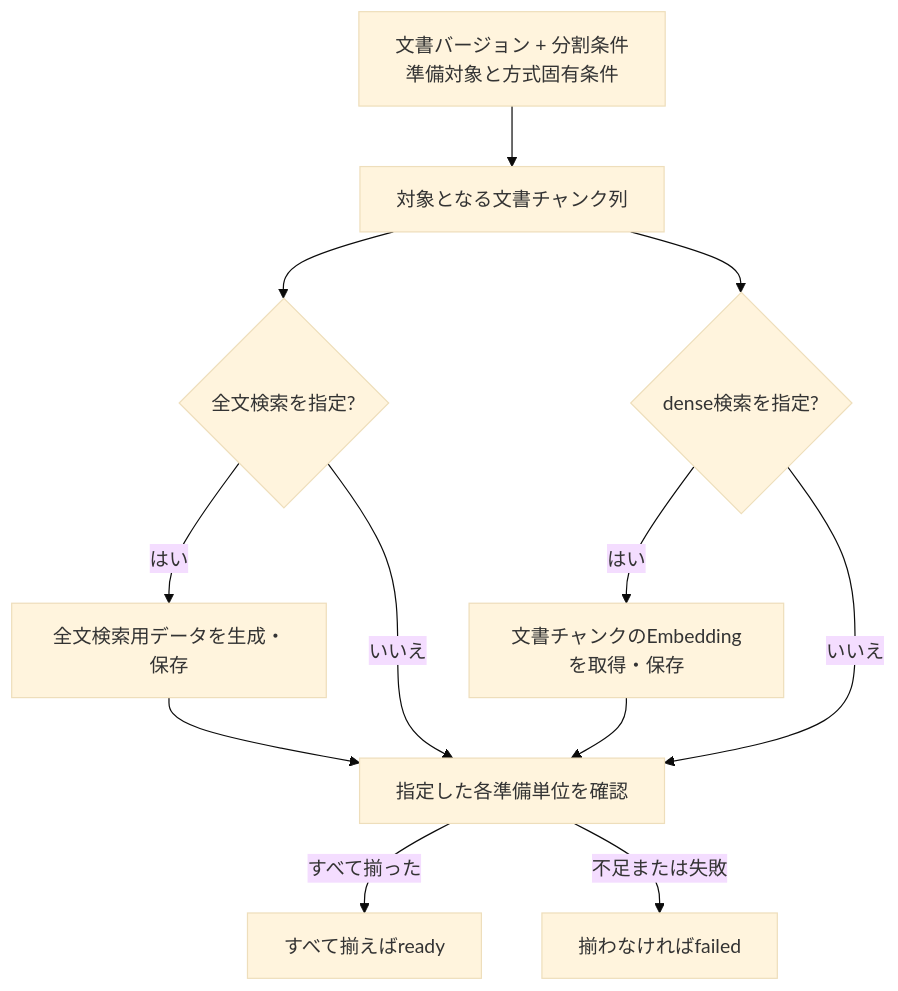
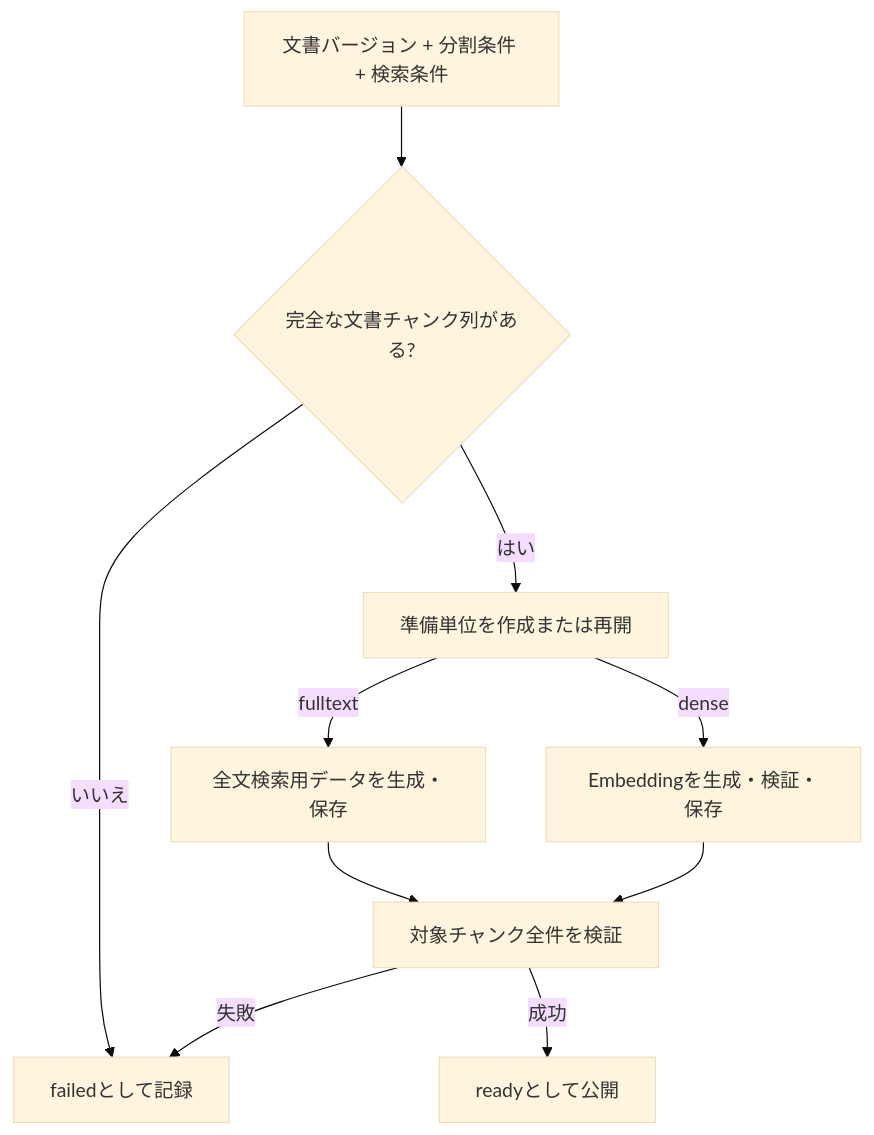
The diagram in project-docs/design/domains/documents/検索用データ準備設計.md (takashit16833/RAGScope), drawn with Mermaid (base theme) before and after one commit. The commit also changed other lines of this file and 10 other files, not shown here.

````diff
--- a/project-docs/design/domains/documents/検索用データ準備設計.md
+++ b/project-docs/design/domains/documents/検索用データ準備設計.md
@@ -39,22 +46,19 @@
 ```mermaid
 flowchart TB
-    Input["文書バージョン + 分割条件<br>準備対象と方式固有条件"]
-    Chunks["対象となる文書チャンク列"]
-    FullText{"全文検索を指定?"}
-    Dense{"dense検索を指定?"}
-    FullTextData["全文検索用データを生成・保存"]
-    Embedding["文書チャンクのEmbeddingを取得・保存"]
-    Verify["指定した各準備単位を確認"]
-    Ready["すべて揃えばready"]
-    Failed["揃わなければfailed"]
+    Input["文書バージョン + 分割条件 + 検索条件"]
+    Chunks{"完全な文書チャンク列がある?"}
+    Prepare["準備単位を作成または再開"]
+    Fulltext["全文検索用データを生成・保存"]
+    Dense["Embeddingを生成・検証・保存"]
+    Verify["対象チャンク全件を検証"]
+    Ready["readyとして公開"]
+    Failed["failedとして記録"]
 
     Input --> Chunks
-    Chunks --> FullText
-    Chunks --> Dense
-    FullText -->|"はい"| FullTextData --> Verify
-    FullText -->|"いいえ"| Verify
-    Dense -->|"はい"| Embedding --> Verify
-    Dense -->|"いいえ"| Verify
-    Verify -->|"すべて揃った"| Ready
-    Verify -->|"不足または失敗"| Failed
+    Chunks -->|"いいえ"| Failed
+    Chunks -->|"はい"| Prepare
+    Prepare -->|"fulltext"| Fulltext --> Verify
+    Prepare -->|"dense"| Dense --> Verify
+    Verify -->|"成功"| Ready
+    Verify -->|"失敗"| Failed
 ```
````
